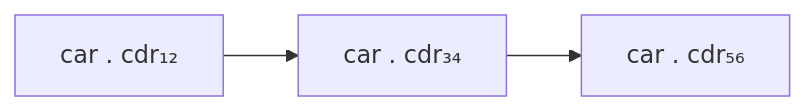
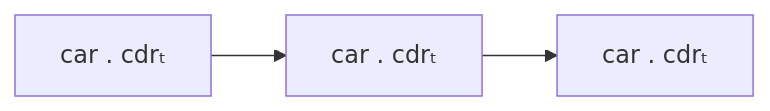
One commit to raviqqe/doc changed the diagram in slides/papers/stak-scheme/code-graph-in-depth.mmd. Above: the diagram before and after it, drawn with Mermaid.

```diff
--- a/slides/papers/stak-scheme/code-graph-in-depth.mmd
+++ b/slides/papers/stak-scheme/code-graph-in-depth.mmd
@@ -1,2 +1,2 @@
 flowchart LR
-  c0["car . cdr₁₂"] --> c1["car . cdr₃₄"] --> c2["car . cdr₅₆"]
+  c0["car . cdrₜ"] --> c1["car . cdrₜ"] --> c2["car . cdrₜ"]
```
